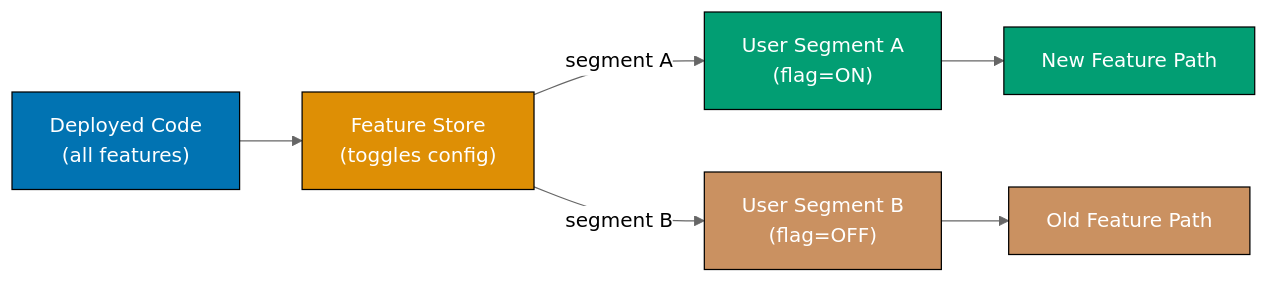
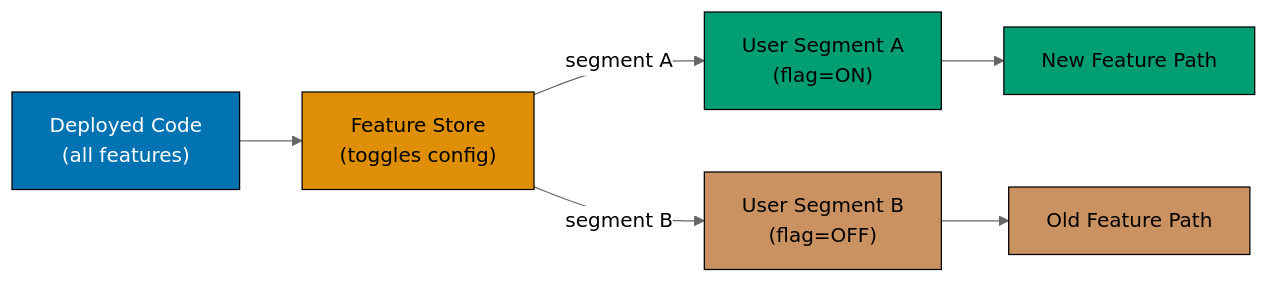
Before and after one commit to wahidyankf/ose-public: diagram 13 of 18 in apps/ayokoding-www/content/en/learn/legacy/software-engineering/software-architecture/patterns-and-principles/in-oop-by-example/advanced.md, drawn with Mermaid (neutral theme). The commit also changed other lines of this file and 78 other files, not shown here.

First line of the commit message:
fix(mermaid): bring the remaining legacy software-engineering diagrams onto the accessible palette

````diff
--- a/apps/ayokoding-www/content/en/learn/legacy/software-engineering/software-architecture/patterns-and-principles/in-oop-by-example/advanced.md
+++ b/apps/ayokoding-www/content/en/learn/legacy/software-engineering/software-architecture/patterns-and-principles/in-oop-by-example/advanced.md
@@ -5976,22 +6045,29 @@
 ```mermaid
 graph LR
+    accTitle: Example 78: Feature Toggle Architecture
+    accDescr: Graph with 6 nodes and 5 connections. Nodes: Deployed Code (all features), Feature Store (toggles config), User Segment A (flag=ON), User Segment B (flag=OFF), New Feature Path, Old Feature Path. Connections: Deployed Code (all features) to Feature Store (toggles config), Feature Store (toggles config) to User Segment A (flag=ON) (segment A), Feature Store (toggles config) to User Segment B (flag=OFF) (segment B), User Segment A (flag=ON) to New Feature Path, User Segment B (flag=OFF) to Old Feature Path.
     Code["Deployed Code<br/>(all features)"]
     FS["Feature Store<br/>(toggles config)"]
     User1["User Segment A<br/>(flag=ON)"]
     User2["User Segment B<br/>(flag=OFF)"]
     F1["New Feature Path"]
     F2["Old Feature Path"]
 
     Code --> FS
     FS -->|"segment A"| User1
     FS -->|"segment B"| User2
     User1 --> F1
     User2 --> F2
 
-    style Code fill:#0173B2,stroke:#000,color:#fff
-    style FS fill:#DE8F05,stroke:#000,color:#fff
-    style User1 fill:#029E73,stroke:#000,color:#fff
-    style User2 fill:#CA9161,stroke:#000,color:#fff
-    style F1 fill:#029E73,stroke:#000,color:#fff
-    style F2 fill:#CA9161,stroke:#000,color:#fff
+    classDef pal-0173B2 fill:#0173B2,stroke:#000000,color:#FFFFFF
+    class Code pal-0173B2
+    classDef pal-DE8F05 fill:#DE8F05,stroke:#000000,color:#000000
+    class FS pal-DE8F05
+    classDef pal-029E73 fill:#029E73,stroke:#000000,color:#000000
+    class User1 pal-029E73
+    classDef pal-CA9161 fill:#CA9161,stroke:#000000,color:#000000
+    class User2 pal-CA9161
+    class F1 pal-029E73
+    class F2 pal-CA9161
+    classDef default fill:#FFFFFF,stroke:#000000,color:#000000
 ```
````
